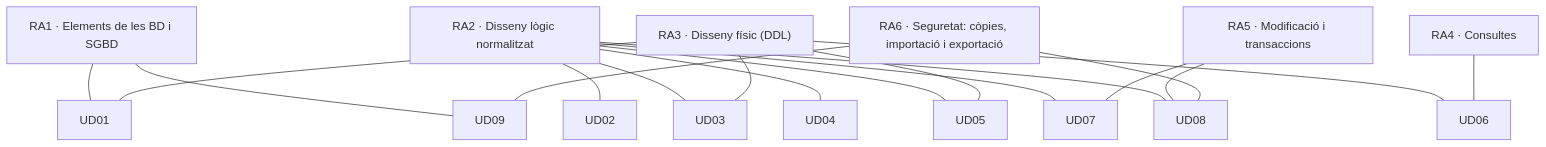
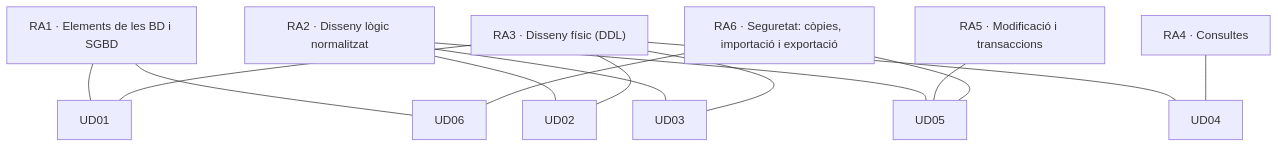
One commit to LorenaLResusta/GBD changed the diagram in content.val/guia/ra-ce.md. Above: the diagram before and after it, drawn with Mermaid. The commit also changed other lines of this file and 142 other files, not shown here.

````diff
--- a/content.val/guia/ra-ce.md
+++ b/content.val/guia/ra-ce.md
@@ -15,9 +15,9 @@
 ```mermaid
 flowchart TB
-    RA1["RA1 · Elements de les BD i SGBD"] --- U1[UD01] & U9[UD09]
-    RA2["RA2 · Disseny lògic normalitzat"] --- U2[UD02] & U3[UD03] & U4[UD04] & U5[UD05] & U7[UD07] & U8[UD08]
-    RA3["RA3 · Disseny físic (DDL)"] --- U1[UD01] & U3[UD03] & U5[UD05] & U6[UD06]
-    RA4["RA4 · Consultes"] --- U6[UD06]
-    RA5["RA5 · Modificació i transaccions"] --- U7[UD07] & U8[UD08]
-    RA6["RA6 · Seguretat: còpies, importació i exportació"] --- U8[UD08] & U9[UD09]
+    RA1["RA1 · Elements de les BD i SGBD"] --- U1[UD01] & U6[UD06]
+    RA2["RA2 · Disseny lògic normalitzat"] --- U2[UD02] & U3[UD03] & U5[UD05]
+    RA3["RA3 · Disseny físic (DDL)"] --- U1[UD01] & U2[UD02] & U3[UD03] & U4[UD04]
+    RA4["RA4 · Consultes"] --- U4[UD04]
+    RA5["RA5 · Modificació i transaccions"] --- U5[UD05]
+    RA6["RA6 · Seguretat: còpies, importació i exportació"] --- U5[UD05] & U6[UD06]
 ```
````
